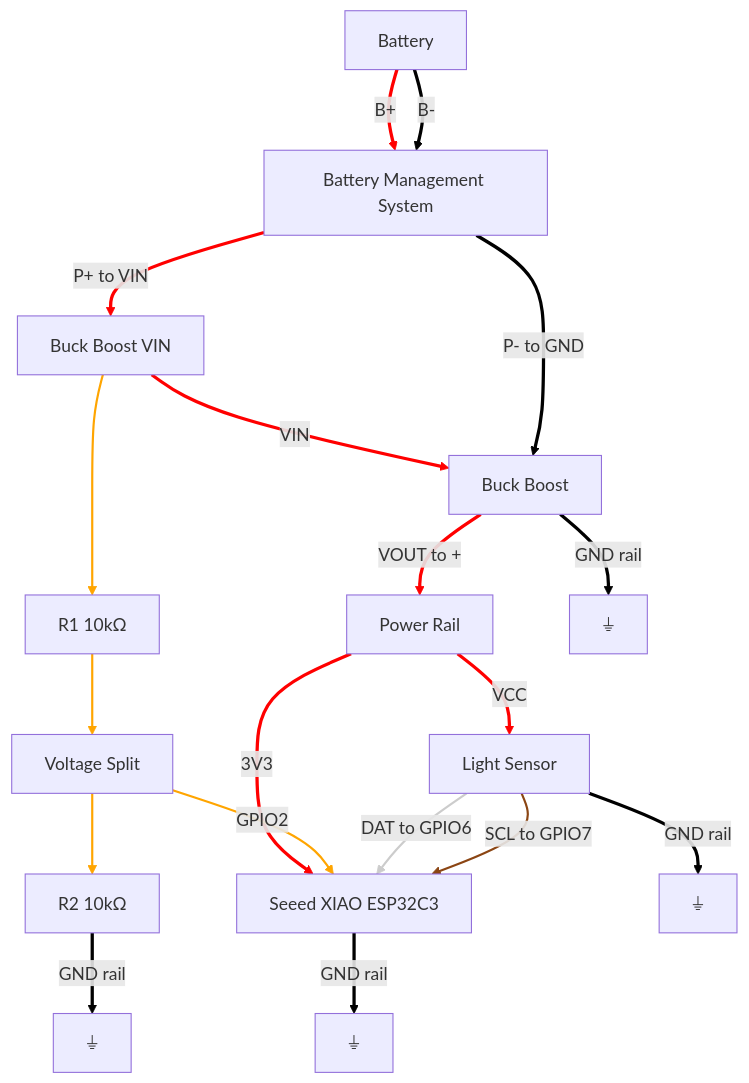
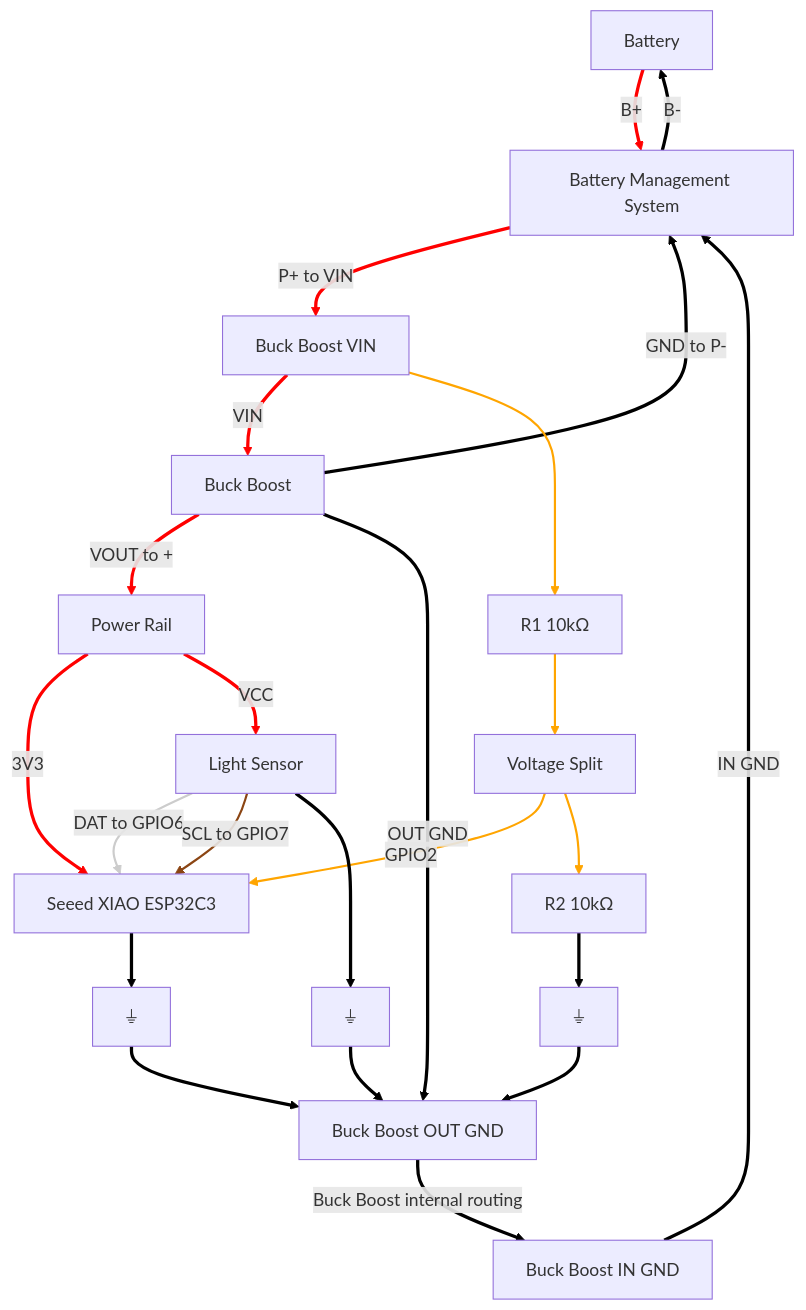
One commit to kden/kden.github.io changed the first of 2 diagrams in sunlight-sensor/SensorHardwareV3.md. Above: the diagram before and after it, drawn with Mermaid. The commit also changed other lines of this file, not shown here.

Commit message:
Update v3 hardware diagrams

````diff
--- a/sunlight-sensor/SensorHardwareV3.md
+++ b/sunlight-sensor/SensorHardwareV3.md
@@ -7,69 +12,62 @@
 ```mermaid
 flowchart TD
     bat[Battery]
     bms[Battery Management System]
     bbvin[Buck Boost VIN]
     bb[Buck Boost]
     pwr[Power Rail]
     esp32[Seeed XIAO ESP32C3]
     ls[Light Sensor]
     vsplit[Voltage Split]
     r1[R1 10kΩ]
     r2[R2 10kΩ]
-    gnd1[⏚]
+    outgnd[Buck Boost OUT GND]
+    ingnd[Buck Boost IN GND]
     gnd2[⏚]
     gnd3[⏚]
     gnd4[⏚]
 
     %% Battery connections
     bat -->|B+| bms
-    bat -->|B-| bms
+    bms -->|B-| bat
     
     %% BMS to Buck Boost
     bms -->|P+ to VIN| bbvin
     bbvin -->|VIN| bb
-    bms -->|P- to GND| bb
+    bb -->|GND to P-| bms
     
     %% Buck Boost output
     bb -->|VOUT to +| pwr
     
     %% Power distribution
     pwr -->|3V3| esp32
     pwr -->|VCC| ls
     
     %% ESP32 connections
     vsplit -->|GPIO2| esp32
     ls -->|DAT to GPIO6| esp32
     ls -->|SCL to GPIO7| esp32
     
     %% Voltage divider
     r1 --> vsplit
     vsplit --> r2
     bbvin --> r1
     
     %% Ground connections
-    bb -->|GND rail| gnd1
-    esp32 -->|GND rail| gnd2
-    ls -->|GND rail| gnd3
-    r2 -->|GND rail| gnd4
+    bb -->|OUT GND| outgnd
+    outgnd -->|Buck Boost internal routing| ingnd
+    ingnd -->|IN GND| bms
+    esp32 --> gnd2
+    ls --> gnd3
+    r2 --> gnd4
+    gnd2 --> outgnd
+    gnd3 --> outgnd
+    gnd4 --> outgnd
 
-    %% Styling for different connection types
-    linkStyle 0 stroke:#ff0000,stroke-width:3px
-    linkStyle 1 stroke:#000000,stroke-width:3px
-    linkStyle 2 stroke:#ff0000,stroke-width:3px
-    linkStyle 3 stroke:#ff0000,stroke-width:3px
-    linkStyle 4 stroke:#000000,stroke-width:3px
-    linkStyle 5 stroke:#ff0000,stroke-width:3px
-    linkStyle 6 stroke:#ff0000,stroke-width:3px
-    linkStyle 7 stroke:#ff0000,stroke-width:3px
-    linkStyle 8 stroke:#ffa500,stroke-width:2px
+    %% Semantic styling for different connection types
+    linkStyle 0,2,3,5,6,7 stroke:#ff0000,stroke-width:3px
+    linkStyle 1,4,14,15,16,17,18,19,20,21,22 stroke:#000000,stroke-width:3px
+    linkStyle 8,11,12,13 stroke:#ffa500,stroke-width:2px
     linkStyle 9 stroke:#cccccc,stroke-width:2px
     linkStyle 10 stroke:#8b4513,stroke-width:2px
-    linkStyle 11 stroke:#ffa500,stroke-width:2px
-    linkStyle 12 stroke:#ffa500,stroke-width:2px
-    linkStyle 13 stroke:#ffa500,stroke-width:2px
-    linkStyle 14 stroke:#000000,stroke-width:3px
-    linkStyle 15 stroke:#000000,stroke-width:3px
-    linkStyle 16 stroke:#000000,stroke-width:3px
-    linkStyle 17 stroke:#000000,stroke-width:3px
 ```
````
